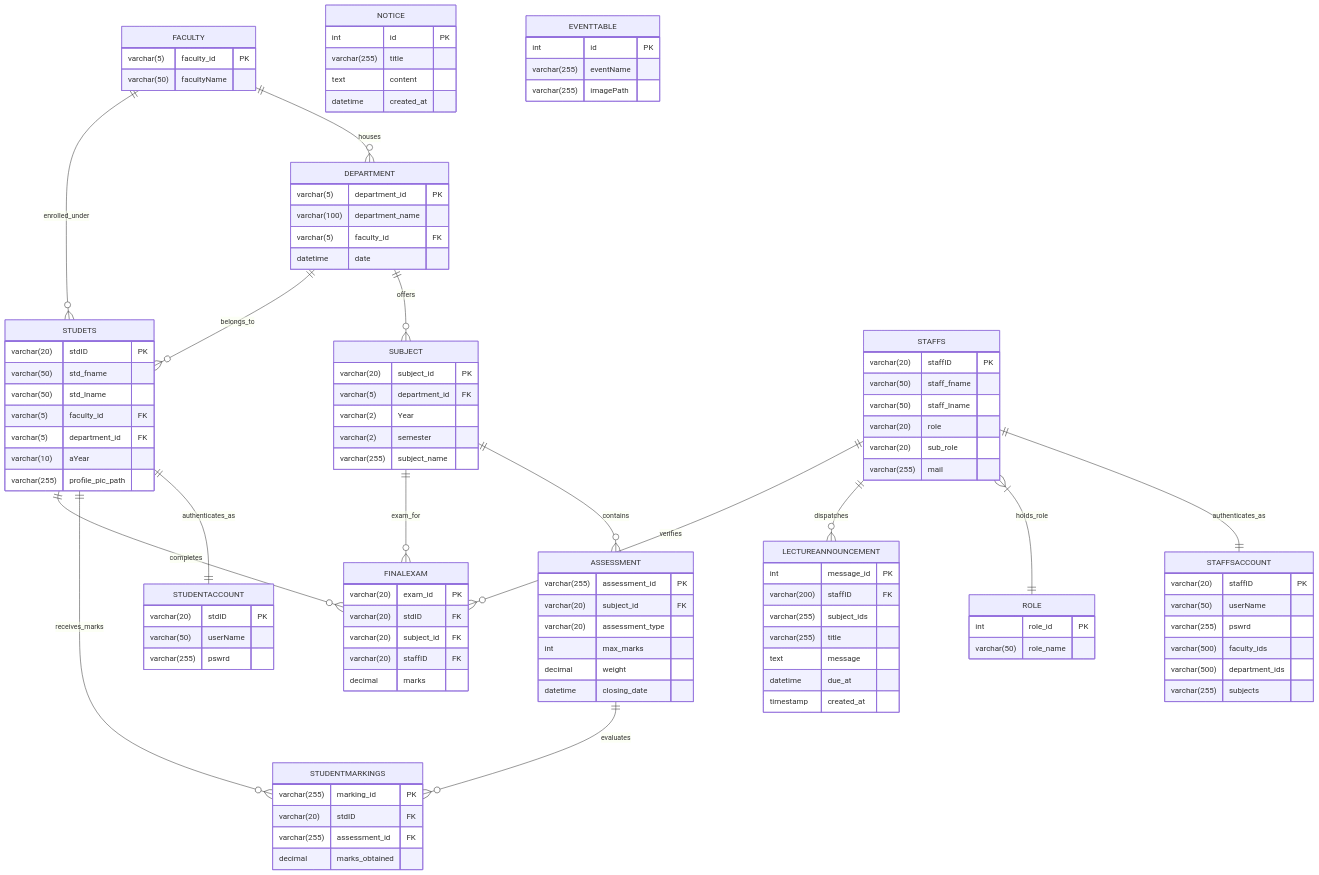
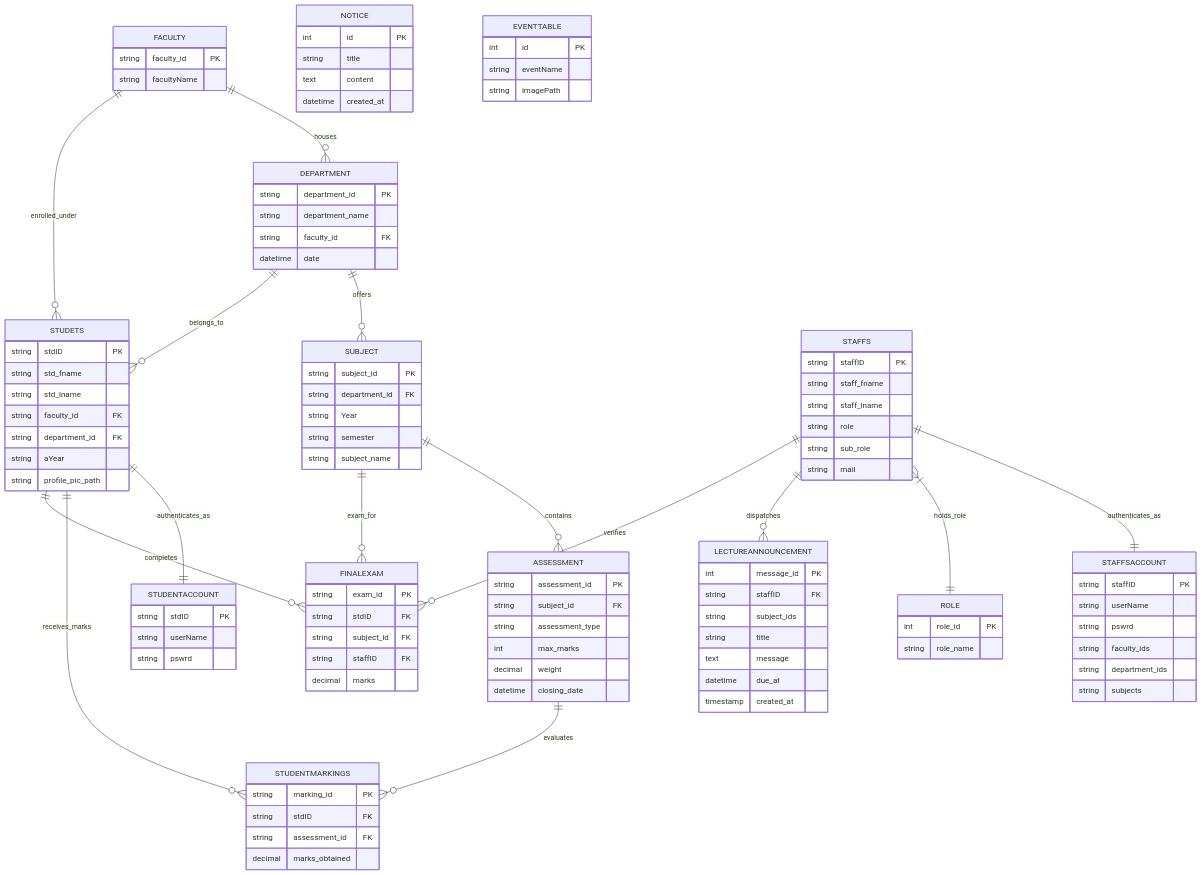
Before and after one commit to FahadhCodes/leoInternationalUniversitySystem: the second of 2 diagrams in README.md, drawn with Mermaid. The commit also changed other lines of this file, not shown here.

Commit message:
fix(docs): resolve Mermaid syntax errors in flowchart and erDiagram

````diff
--- a/README.md
+++ b/README.md
@@ -127,95 +133,95 @@
     STAFFS ||--o{ FINALEXAM : "verifies"
 
     FACULTY {
-        varchar(5) faculty_id PK
-        varchar(50) facultyName
+        string faculty_id PK
+        string facultyName
     }
     DEPARTMENT {
-        varchar(5) department_id PK
-        varchar(100) department_name
-        varchar(5) faculty_id FK
+        string department_id PK
+        string department_name
+        string faculty_id FK
         datetime date
     }
     SUBJECT {
-        varchar(20) subject_id PK
-        varchar(5) department_id FK
-        varchar(2) Year
-        varchar(2) semester
-        varchar(255) subject_name
+        string subject_id PK
+        string department_id FK
+        string Year
+        string semester
+        string subject_name
     }
     STUDETS {
-        varchar(20) stdID PK
-        varchar(50) std_fname
-        varchar(50) std_lname
-        varchar(5) faculty_id FK
-        varchar(5) department_id FK
-        varchar(10) aYear
-        varchar(255) profile_pic_path
+        string stdID PK
+        string std_fname
+        string std_lname
+        string faculty_id FK
+        string department_id FK
+        string aYear
+        string profile_pic_path
     }
     STAFFS {
-        varchar(20) staffID PK
-        varchar(50) staff_fname
-        varchar(50) staff_lname
-        varchar(20) role
-        varchar(20) sub_role
-        varchar(255) mail
+        string staffID PK
+        string staff_fname
+        string staff_lname
+        string role
+        string sub_role
+        string mail
     }
     STAFFSACCOUNT {
-        varchar(20) staffID PK
-        varchar(50) userName
-        varchar(255) pswrd
-        varchar(500) faculty_ids
-        varchar(500) department_ids
-        varchar(255) subjects
+        string staffID PK
+        string userName
+        string pswrd
+        string faculty_ids
+        string department_ids
+        string subjects
     }
     STUDENTACCOUNT {
-        varchar(20) stdID PK
-        varchar(50) userName
-        varchar(255) pswrd
+        string stdID PK
+        string userName
+        string pswrd
     }
     LECTUREANNOUNCEMENT {
         int message_id PK
-        varchar(200) staffID FK
-        varchar(255) subject_ids
-        varchar(255) title
+        string staffID FK
+        string subject_ids
+        string title
         text message
         datetime due_at
         timestamp created_at
     }
     ASSESSMENT {
-        varchar(255) assessment_id PK
-        varchar(20) subject_id FK
-        varchar(20) assessment_type
+        string assessment_id PK
+        string subject_id FK
+        string assessment_type
         int max_marks
         decimal weight
         datetime closing_date
     }
     STUDENTMARKINGS {
-        varchar(255) marking_id PK
-        varchar(20) stdID FK
-        varchar(255) assessment_id FK
+        string marking_id PK
+        string stdID FK
+        string assessment_id FK
         decimal marks_obtained
     }
     FINALEXAM {
-        varchar(20) exam_id PK
-        varchar(20) stdID FK
-        varchar(20) subject_id FK
-        varchar(20) staffID FK
+        string exam_id PK
+        string stdID FK
+        string subject_id FK
+        string staffID FK
         decimal marks
     }
     NOTICE {
         int id PK
-        varchar(255) title
+        string title
         text content
         datetime created_at
     }
     EVENTTABLE {
         int id PK
-        varchar(255) eventName
-        varchar(255) imagePath
+        string eventName
+        string imagePath
     }
     ROLE {
         int role_id PK
-        varchar(50) role_name
+        string role_name
     }
 ```
````
